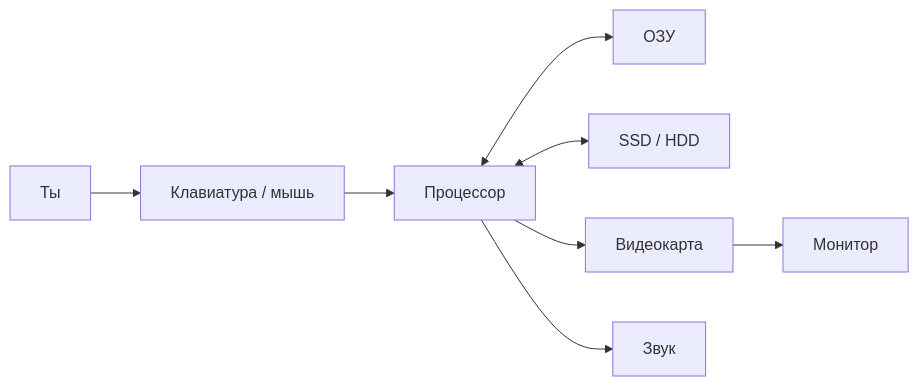
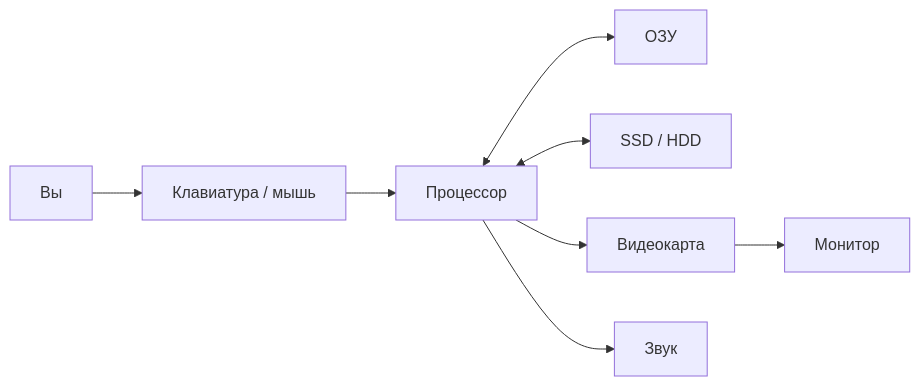
One commit to Spirzen/it-knowledge-base changed the diagram in docs/encyclopedia/9-spinoff/9-11-dlya-detey/1-computer/11.md. Above: the diagram before and after it, drawn with Mermaid. The commit also changed other lines of this file and 1180 other files, not shown here.

````diff
--- a/docs/encyclopedia/9-spinoff/9-11-dlya-detey/1-computer/11.md
+++ b/docs/encyclopedia/9-spinoff/9-11-dlya-detey/1-computer/11.md
@@ -100,10 +100,10 @@
 ```mermaid
 flowchart LR
-    You[Ты] --> Input[Клавиатура / мышь]
+    You[Вы] --> Input[Клавиатура / мышь]
     Input --> CPU[Процессор]
     CPU <--> RAM[ОЗУ]
     CPU <--> Disk[SSD / HDD]
     CPU --> GPU[Видеокарта]
     GPU --> Screen[Монитор]
     CPU --> Sound[Звук]
 ```
````
